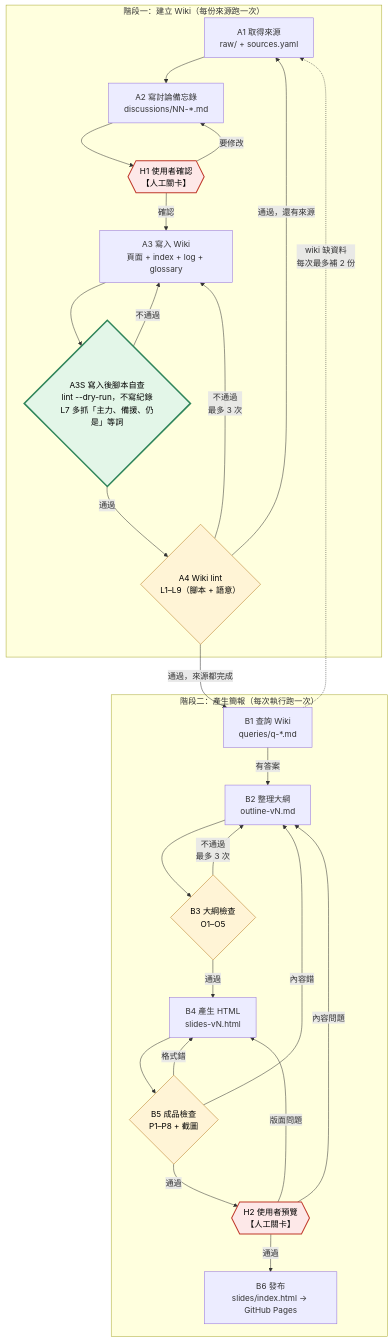
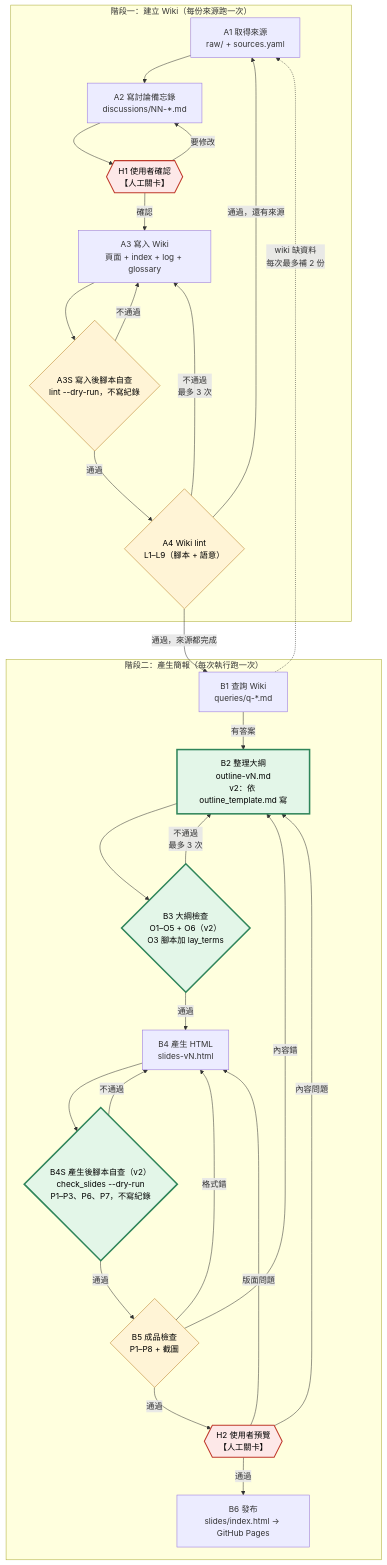
One commit to 112306071/HW10_HQC-LLM-WIKI changed the diagram in workflow/graph.md. Above: the diagram before and after it, drawn with Mermaid. The commit also changed other lines of this file and 12 other files, not shown here.

Commit message:
workflow v2: B2 template, O3 lay_terms, B3 O6, B4S self-check, step limit 25; run-001 issues

````diff
--- a/workflow/graph.md
+++ b/workflow/graph.md
@@ -7,48 +9,51 @@
 ```mermaid
 flowchart TB
     subgraph PA["階段一：建立 Wiki（每份來源跑一次）"]
         A1["A1 取得來源<br/>raw/ + sources.yaml"]
         A2["A2 寫討論備忘錄<br/>discussions/NN-*.md"]
         H1{{"H1 使用者確認<br/>【人工關卡】"}}
         A3["A3 寫入 Wiki<br/>頁面 + index + log + glossary"]
-        A3S{"A3S 寫入後腳本自查<br/>lint --dry-run，不寫紀錄<br/>L7 多抓「主力、備援、仍是」等詞"}
+        A3S{"A3S 寫入後腳本自查<br/>lint --dry-run，不寫紀錄"}
         A4{"A4 Wiki lint<br/>L1–L9（腳本 + 語意）"}
         A1 --> A2 --> H1
         H1 -- 確認 --> A3
         H1 -- 要修改 --> A2
         A3 --> A3S
         A3S -- 不通過 --> A3
         A3S -- 通過 --> A4
         A4 -- 不通過<br/>最多 3 次 --> A3
         A4 -- 通過，還有來源 --> A1
     end
 
     subgraph PB["階段二：產生簡報（每次執行跑一次）"]
         B1["B1 查詢 Wiki<br/>queries/q-*.md"]
-        B2["B2 整理大綱<br/>outline-vN.md"]
-        B3{"B3 大綱檢查<br/>O1–O5"}
+        B2["B2 整理大綱<br/>outline-vN.md<br/>v2：依 outline_template.md 寫"]
+        B3{"B3 大綱檢查<br/>O1–O5 + O6（v2）<br/>O3 腳本加 lay_terms"}
         B4["B4 產生 HTML<br/>slides-vN.html"]
+        B4S{"B4S 產生後腳本自查（v2）<br/>check_slides --dry-run<br/>P1–P3、P6、P7，不寫紀錄"}
         B5{"B5 成品檢查<br/>P1–P8 + 截圖"}
         H2{{"H2 使用者預覽<br/>【人工關卡】"}}
         B6["B6 發布<br/>slides/index.html → GitHub Pages"]
         B1 -- 有答案 --> B2 --> B3
         B3 -- 不通過<br/>最多 3 次 --> B2
-        B3 -- 通過 --> B4 --> B5
+        B3 -- 通過 --> B4 --> B4S
+        B4S -- 不通過 --> B4
+        B4S -- 通過 --> B5
         B5 -- 格式錯 --> B4
         B5 -- 內容錯 --> B2
         B5 -- 通過 --> H2
         H2 -- 內容問題 --> B2
         H2 -- 版面問題 --> B4
         H2 -- 通過 --> B6
     end
 
     A4 -- 通過，來源都完成 --> B1
     B1 -. wiki 缺資料<br/>每次最多補 2 份 .-> A1
 
     classDef human fill:#fde8e8,stroke:#c0392b,stroke-width:2px,color:#000
     classDef check fill:#fff4d6,stroke:#b7791f,color:#000
+    classDef changed fill:#e3f6e8,stroke:#2f855a,stroke-width:3px,color:#000
     class H1,H2 human
-    classDef changed fill:#e3f6e8,stroke:#2f855a,stroke-width:3px,color:#000
-    class A4,B3,B5 check
-    class A3S changed
+    class A3S,A4,B5 check
+    class B2,B3,B4S changed
 ```
````
